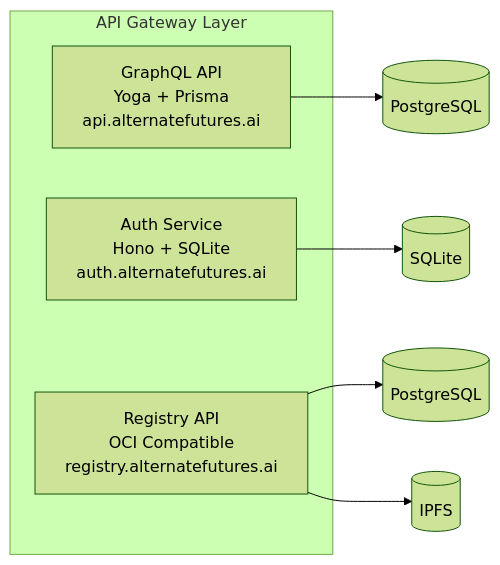
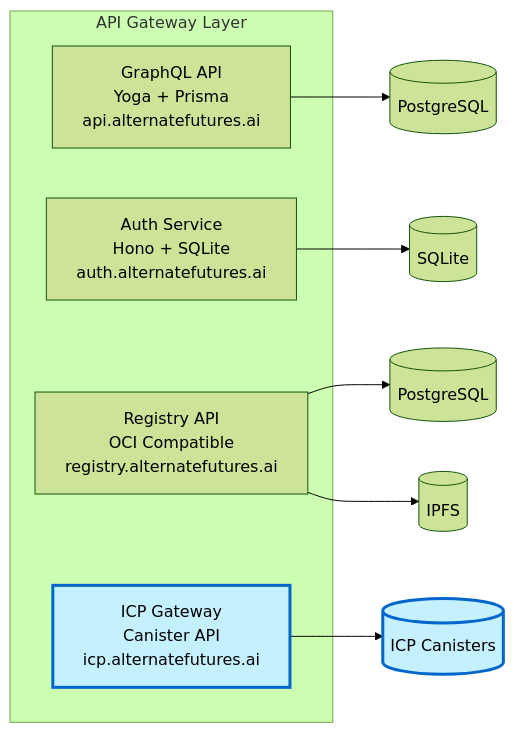
One commit to alternatefutures/.github changed the second of 18 diagrams in TECHNICAL_ARCHITECTURE.md. Above: the diagram before and after it, drawn with Mermaid (forest theme). The commit also changed other lines of this file, not shown here.

First line of the commit message:
feat: integrate Internet Computer (ICP) into architecture

````diff
--- a/TECHNICAL_ARCHITECTURE.md
+++ b/TECHNICAL_ARCHITECTURE.md
@@ -120,13 +144,18 @@
 ```mermaid
 graph LR
     subgraph "API Gateway Layer"
         GraphQL[GraphQL API<br/>Yoga + Prisma<br/>api.alternatefutures.ai]
         Auth[Auth Service<br/>Hono + SQLite<br/>auth.alternatefutures.ai]
         Registry[Registry API<br/>OCI Compatible<br/>registry.alternatefutures.ai]
+        ICPGateway[ICP Gateway<br/>Canister API<br/>icp.alternatefutures.ai]
     end
     
     GraphQL --> DB[(PostgreSQL)]
     Auth --> AuthDB[(SQLite)]
     Registry --> RegDB[(PostgreSQL)]
     Registry --> IPFS[(IPFS)]
+    ICPGateway --> ICPCanisters[(ICP Canisters)]
+    
+    style ICPGateway fill:#c5f0ff,stroke:#0066cc,stroke-width:3px
+    style ICPCanisters fill:#c5f0ff,stroke:#0066cc,stroke-width:3px
 ```
````
